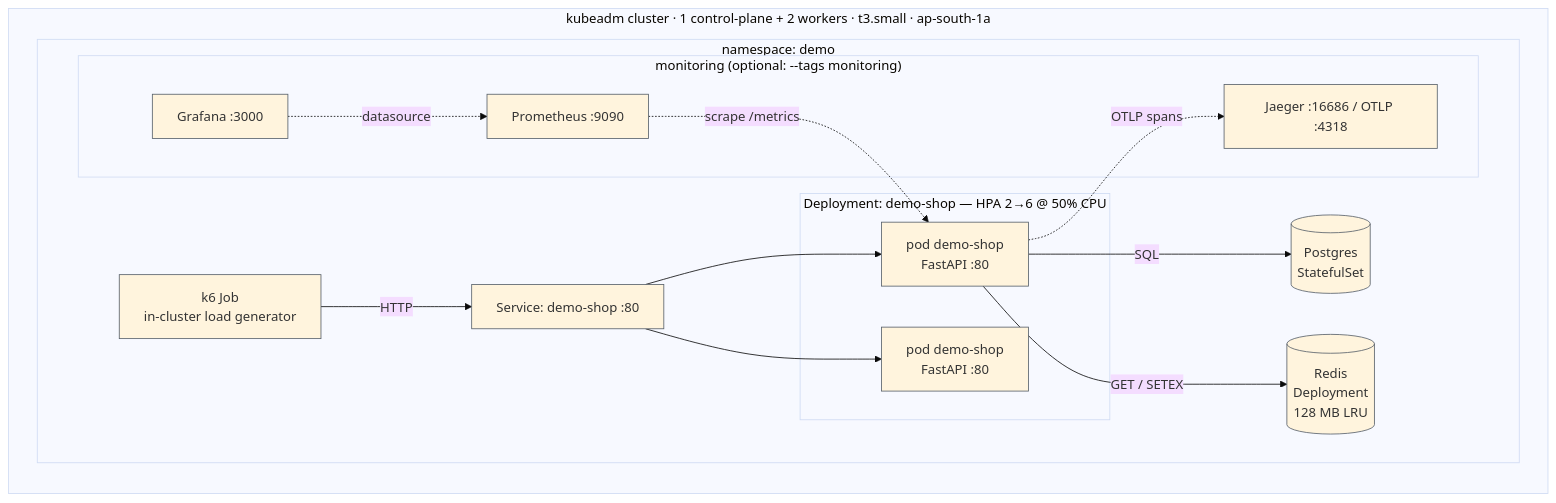
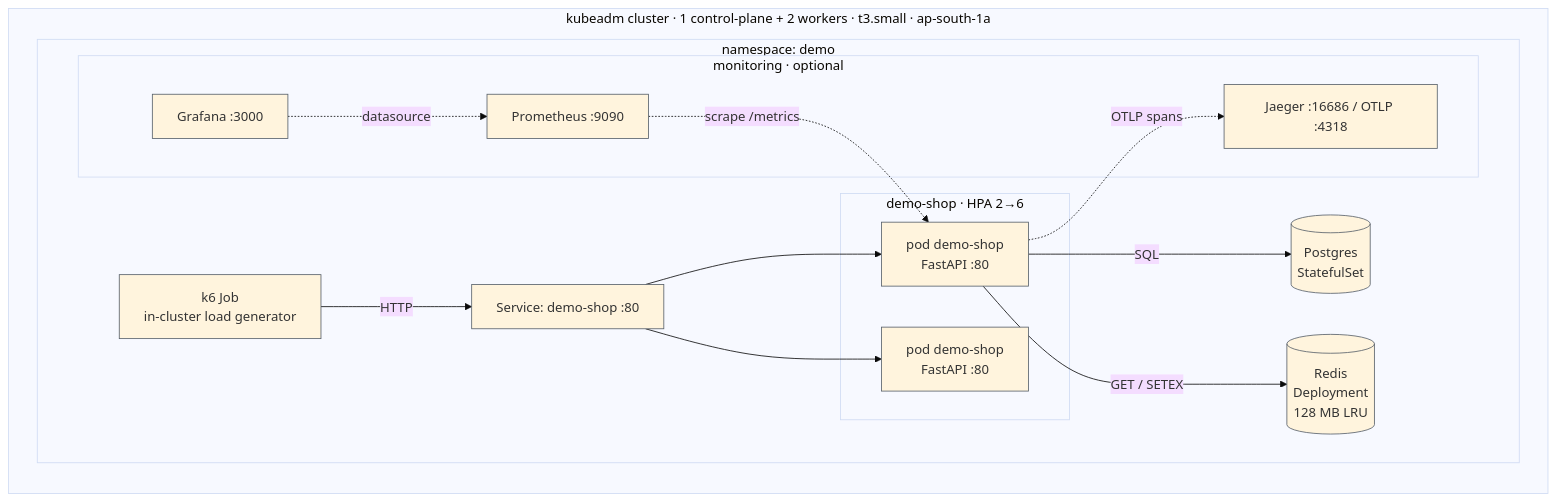
One commit to Ansh-dhanani/Distributed-system-load-analysis changed the third of 8 diagrams in README.md. Above: the diagram before and after it, drawn with Mermaid (base theme).

Commit message:
docs: fix architecture subgraph title overlapping pod label
The long 'Deployment: demo-shop — HPA 2→6 @ 50% CPU' subgraph title
wraps and its label box overlaps the first pod label in recent mermaid
(11.6-11.12). Shorten the APPS and OBS subgraph titles so they stay on
one line. Verified 0 text collisions across mermaid 10.9.3 / 11.6 /
11.9 / 11.11 / 11.12 for all 8 diagrams.

````diff
--- a/README.md
+++ b/README.md
@@ -83,36 +83,36 @@
 ```mermaid
 flowchart TB
     subgraph LAB["kubeadm cluster · 1 control-plane + 2 workers · t3.small · ap-south-1a"]
         direction TB
 
         subgraph NS["namespace: demo"]
             K6["k6 Job<br/>in-cluster load generator"]
 
             SVC["Service: demo-shop :80"]
 
-            subgraph APPS["Deployment: demo-shop — HPA 2→6 @ 50% CPU"]
+            subgraph APPS["demo-shop · HPA 2→6"]
                 A1["pod demo-shop<br/>FastAPI :80"]
                 A2["pod demo-shop<br/>FastAPI :80"]
             end
 
             PG[("Postgres<br/>StatefulSet")]
             RD[("Redis<br/>Deployment<br/>128 MB LRU")]
 
-            subgraph OBS["monitoring (optional: --tags monitoring)"]
+            subgraph OBS["monitoring · optional"]
                 PROM["Prometheus :9090"]
                 GRAF["Grafana :3000"]
                 JAEG["Jaeger :16686 / OTLP :4318"]
             end
         end
     end
 
     K6 -->|"HTTP"| SVC
     SVC --> A1
     SVC --> A2
     A1 -->|"SQL"| PG
     A1 -->|"GET / SETEX"| RD
     A1 -.->|"OTLP spans"| JAEG
     PROM -.->|"scrape /metrics"| A1
     GRAF -.->|"datasource"| PROM
     classDef default stroke:#57606a;
 ```
````
